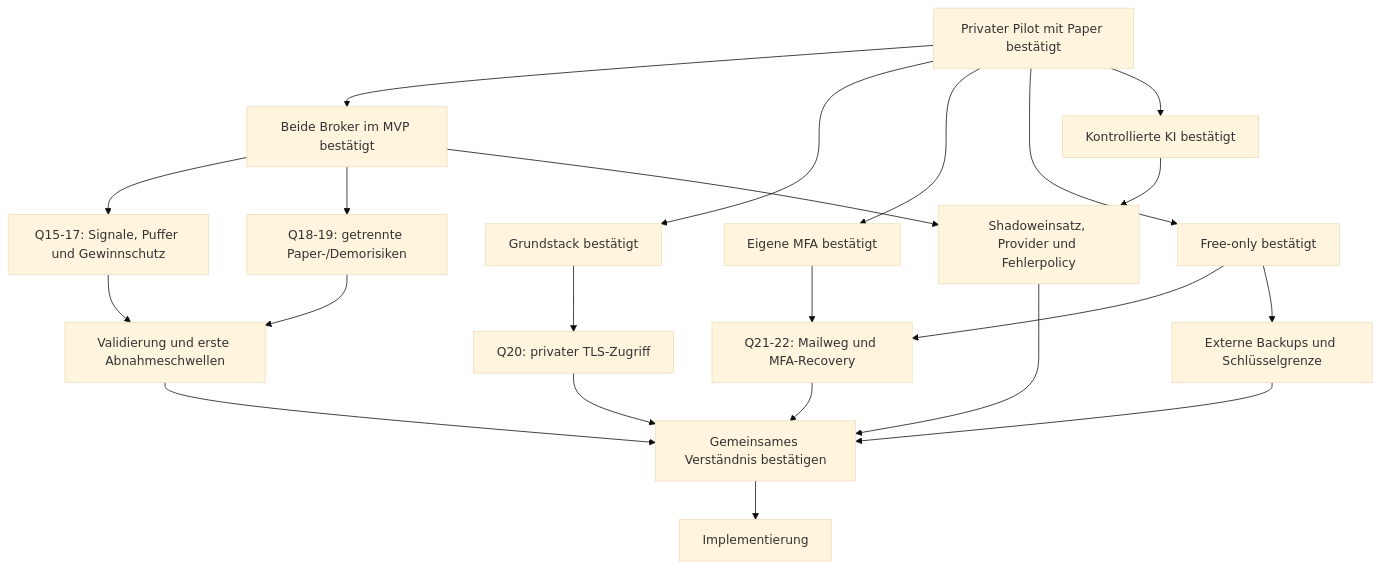
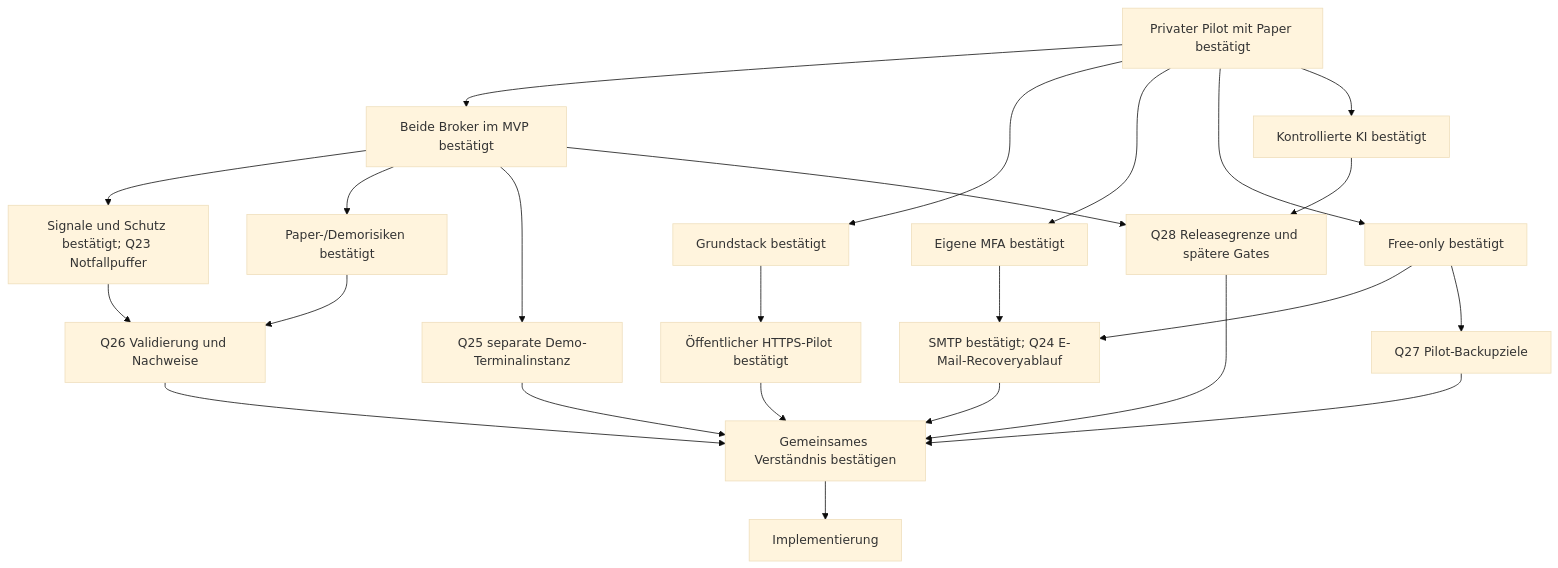
Before and after one commit to cadm-balzer/Investalo_Trading-Platform: the diagram in docs/interview.md, drawn with Mermaid (base theme). The commit also changed other lines of this file and 19 other files, not shown here.

````diff
--- a/docs/interview.md
+++ b/docs/interview.md
@@ -69,24 +95,26 @@
 ```mermaid
 flowchart TD
   ROOT[Privater Pilot mit Paper bestätigt] --> MARKET[Beide Broker im MVP bestätigt]
   ROOT --> STACK[Grundstack bestätigt]
   ROOT --> LOGIN[Eigene MFA bestätigt]
   ROOT --> COST[Free-only bestätigt]
   ROOT --> AI[Kontrollierte KI bestätigt]
-  MARKET --> RULES[Q15-17: Signale, Puffer und Gewinnschutz]
-  MARKET --> ACCOUNT[Q18-19: getrennte Paper-/Demorisiken]
-  RULES --> VALID[Validierung und erste Abnahmeschwellen]
+  MARKET --> RULES[Signale und Schutz bestätigt; Q23 Notfallpuffer]
+  MARKET --> ACCOUNT[Paper-/Demorisiken bestätigt]
+  RULES --> VALID[Q26 Validierung und Nachweise]
   ACCOUNT --> VALID
-  STACK --> DEPLOY[Q20: privater TLS-Zugriff]
-  LOGIN --> PROVIDER[Q21-22: Mailweg und MFA-Recovery]
+  STACK --> DEPLOY[Öffentlicher HTTPS-Pilot bestätigt]
+  LOGIN --> PROVIDER[SMTP bestätigt; Q24 E-Mail-Recoveryablauf]
   COST --> PROVIDER
-  COST --> BACKUP[Externe Backups und Schlüsselgrenze]
-  AI --> AIPOLICY[Shadoweinsatz, Provider und Fehlerpolicy]
-  MARKET --> AIPOLICY
+  COST --> BACKUP[Q27 Pilot-Backupziele]
+  MARKET --> TERMINAL[Q25 separate Demo-Terminalinstanz]
+  AI --> SCOPE[Q28 Releasegrenze und spätere Gates]
+  MARKET --> SCOPE
   VALID --> AGREEMENT[Gemeinsames Verständnis bestätigen]
   DEPLOY --> AGREEMENT
   PROVIDER --> AGREEMENT
   BACKUP --> AGREEMENT
-  AIPOLICY --> AGREEMENT
+  TERMINAL --> AGREEMENT
+  SCOPE --> AGREEMENT
   AGREEMENT --> BUILD[Implementierung]
 ```
````
